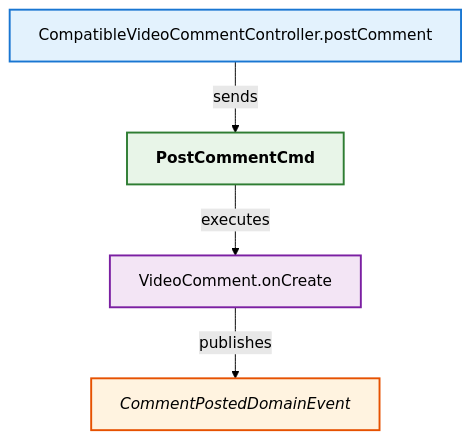
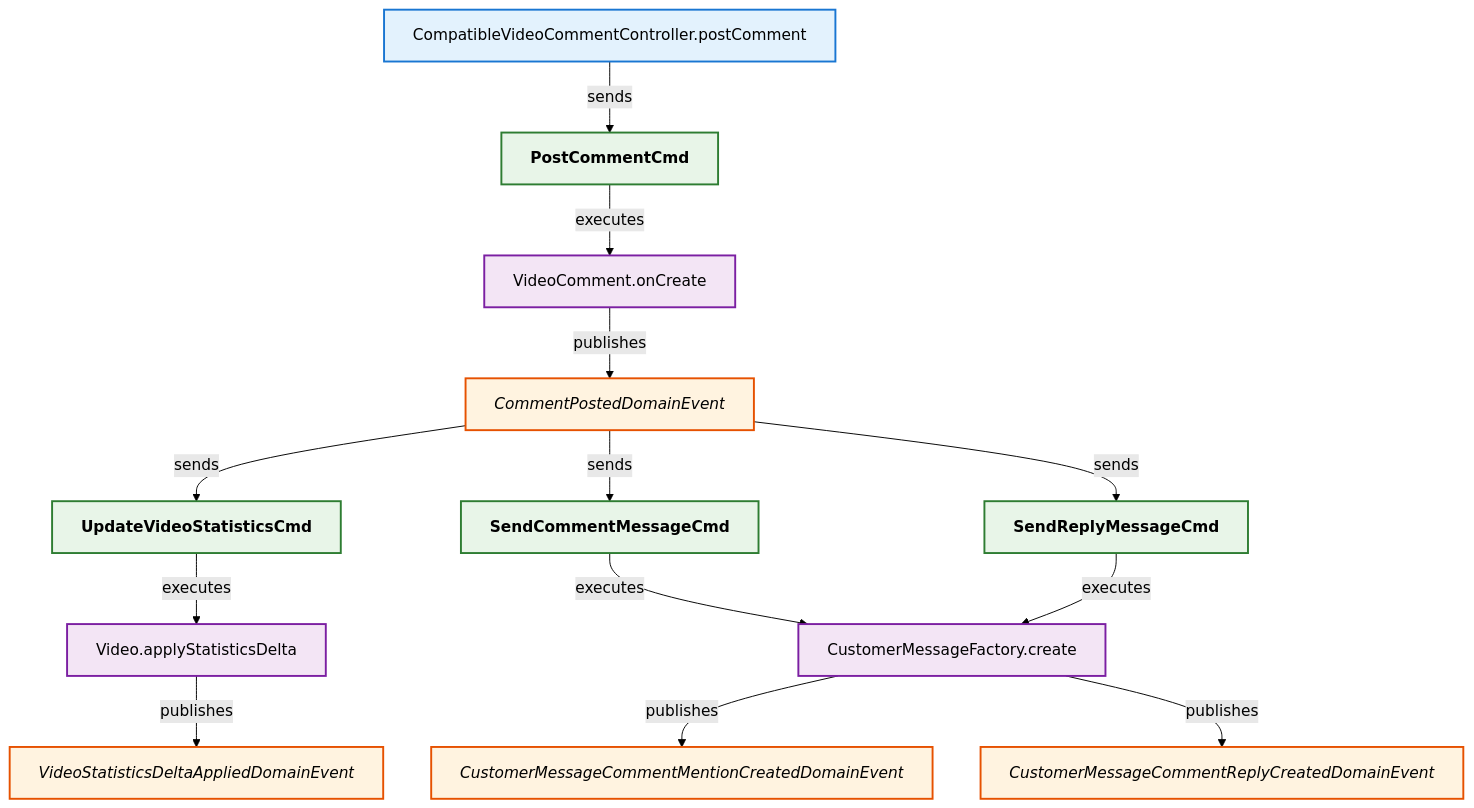
The diagram in analysis/CompatibleVideoCommentController_postComment.mmd (LDmoxeii/only-danmuku), drawn with Mermaid (forest theme) before and after one commit.

Commit message:
feat(danmuku): 增强视频评论功能，支持统计更新和消息发送
- 新增更新视频统计数据命令及应用方法
- 实现评论发布后自动发送提及和回复消息
- 扩展领域事件以支持统计增量应用和消息创建
- 完善客户消息工厂逻辑，支持多种消息类型生成- 更新流程图以反映新增的命令与事件交互关系

```diff
--- a/analysis/CompatibleVideoCommentController_postComment.mmd
+++ b/analysis/CompatibleVideoCommentController_postComment.mmd
@@ -1,34 +1,65 @@
 flowchart TB
 
     N1["CompatibleVideoCommentController.postComment"]
     class N1 controllermethod;
 
     C1["PostCommentCmd"]
     class C1 command;
     A1["VideoComment.onCreate"]
     class A1 entitymethod;
     E1["CommentPostedDomainEvent"]
     class E1 domainevent;
 
+    CC1["UpdateVideoStatisticsCmd"]
+    class CC1 command;
+    AV1["Video.applyStatisticsDelta"]
+    class AV1 entitymethod;
+    EV1["VideoStatisticsDeltaAppliedDomainEvent"]
+    class EV1 domainevent;
+
+    CC2["SendCommentMessageCmd"]
+    class CC2 command;
+    CC3["SendReplyMessageCmd"]
+    class CC3 command;
+    AM1["CustomerMessageFactory.create"]
+    class AM1 entitymethod;
+    EM1["CustomerMessageCommentMentionCreatedDomainEvent"]
+    class EM1 domainevent;
+    EM2["CustomerMessageCommentReplyCreatedDomainEvent"]
+    class EM2 domainevent;
+
     %% Relationships
     N1 -->|sends| C1
     C1 -->|executes| A1
     A1 -->|publishes| E1
+
+    E1 -->|sends| CC1
+    E1 -->|sends| CC2
+    E1 -->|sends| CC3
+
+    CC1 -->|executes| AV1
+    AV1 -->|publishes| EV1
+
+    CC2 -->|executes| AM1
+    CC3 -->|executes| AM1
+
+    AM1 -->|publishes| EM1
+    AM1 -->|publishes| EM2
 
     %% Styles
     classDef controller fill:#e3f2fd,stroke:#1565c0,stroke-width:2px,font-weight:bold;
     classDef controllermethod fill:#e3f2fd,stroke:#1976d2,stroke-width:2px;
     classDef endpoint fill:#e3f2fd,stroke:#42a5f5,stroke-width:2px;
     classDef commandsender fill:#e3f2fd,stroke:#1565c0,stroke-width:2px,font-style:italic;
     classDef commandsendermethod fill:#e3f2fd,stroke:#1976d2,stroke-width:2px,font-style:italic;
     classDef command fill:#e8f5e8,stroke:#2e7d32,stroke-width:2px,font-weight:bold;
     classDef commandhandler fill:#e8f5e8,stroke:#388e3c,stroke-width:2px,font-weight:bold;
     classDef aggregate fill:#fff8e1,stroke:#ff8f00,stroke-width:3px,font-weight:bold;
     classDef entitymethod fill:#f3e5f5,stroke:#7b1fa2,stroke-width:2px;
     classDef domainevent fill:#fff3e0,stroke:#e65100,stroke-width:2px,font-style:italic;
     classDef domaineventhandler fill:#fff3e0,stroke:#ef6c00,stroke-width:2px,font-weight:bold;
     classDef integrationevent fill:#fce4ec,stroke:#880e4f,stroke-width:2px;
     classDef integrationeventhandler fill:#fce4ec,stroke:#ad1457,stroke-width:2px,font-weight:bold;
     classDef integrationeventconverter fill:#e3f2fd,stroke:#0277bd,stroke-width:2px;
     classDef repo fill:#d6dbdf,stroke:#85929e,stroke-width:2px;
     classDef uow fill:#f2f4f4,stroke:#7f8c8d,stroke-width:2px;
```
